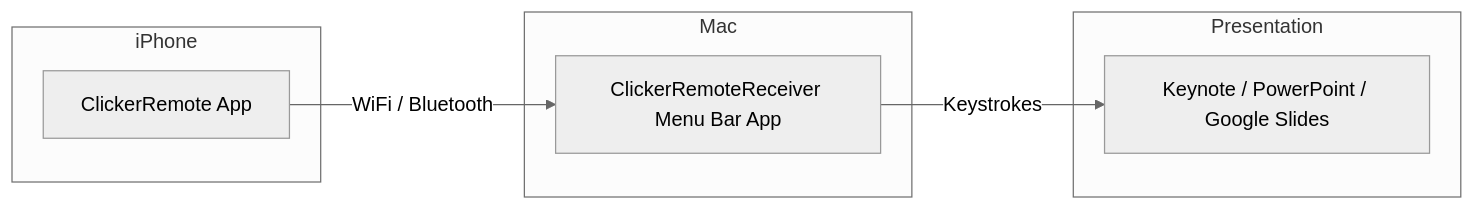
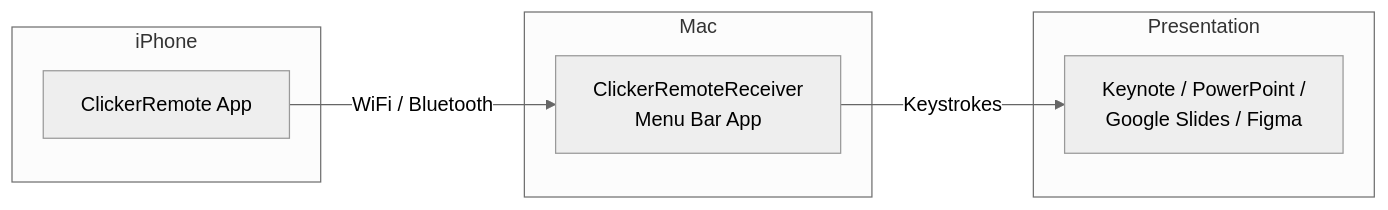
Before and after one commit to douinc/clicker: the first of 2 diagrams in README.md, drawn with Mermaid (neutral theme). The commit also changed other lines of this file and 1 other file, not shown here.

````diff
--- a/README.md
+++ b/README.md
@@ -24,15 +57,15 @@
 ```mermaid
 graph LR
     subgraph iPhone
         A[ClickerRemote App]
     end
     subgraph Mac
-        B[ClickerRemoteReceiver Menu Bar App]
+        B[ClickerRemoteReceiver<br/>Menu Bar App]
     end
     subgraph Presentation
-        C[Keynote / PowerPoint / Google Slides]
+        C[Keynote / PowerPoint /<br/>Google Slides / Figma]
     end
 
     A -->|WiFi / Bluetooth| B
     B -->|Keystrokes| C
 ```
````
